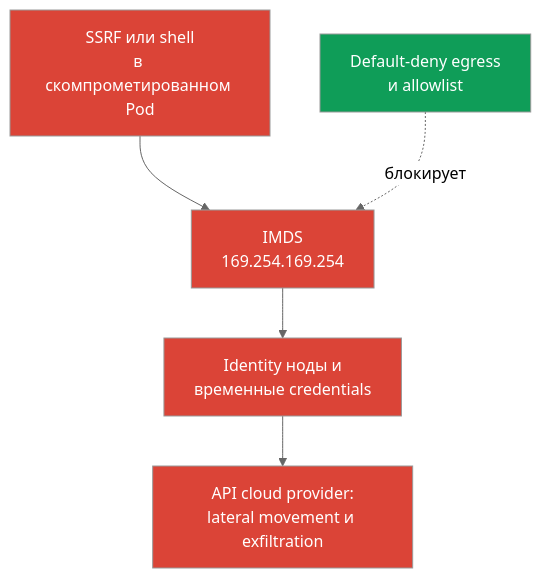
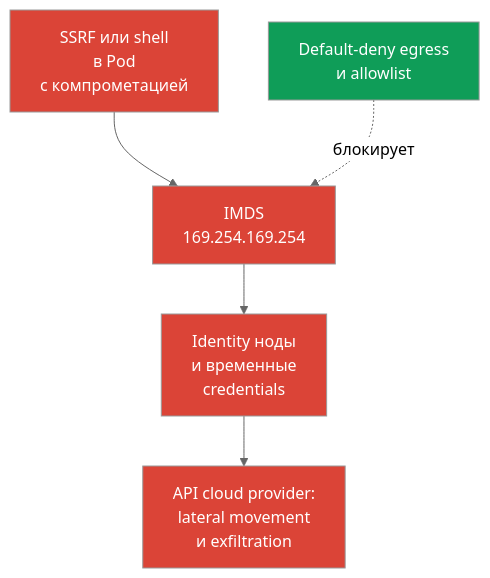
The first of 2 diagrams in tasks/cks/course/05/ru.md (ViktorUJ/cks), drawn with Mermaid (neutral theme) before and after one commit. The commit also changed other lines of this file and 6 other files, not shown here.

````diff
--- a/tasks/cks/course/05/ru.md
+++ b/tasks/cks/course/05/ru.md
@@ -13,12 +15,12 @@
 ```mermaid
 flowchart TB
-    attacker["SSRF или shell<br/>в скомпрометированном Pod"] --> imds["IMDS<br/>169.254.169.254"]
-    imds --> identity["Identity ноды и<br/>временные credentials"]
-    identity --> cloud["API cloud provider:<br/>lateral movement и exfiltration"]
+    attacker["SSRF или shell<br/>в Pod<br/>с компрометацией"] --> imds["IMDS<br/>169.254.169.254"]
+    imds --> identity["Identity ноды<br/>и временные<br/>credentials"]
+    identity --> cloud["API cloud provider:<br/>lateral movement<br/>и exfiltration"]
     policy["Default-deny egress<br/>и allowlist"] -. "блокирует" .-> imds
     style attacker fill:#db4437,color:#fff
     style imds fill:#db4437,color:#fff
     style identity fill:#db4437,color:#fff
     style cloud fill:#db4437,color:#fff
     style policy fill:#0f9d58,color:#fff
 ```
````
